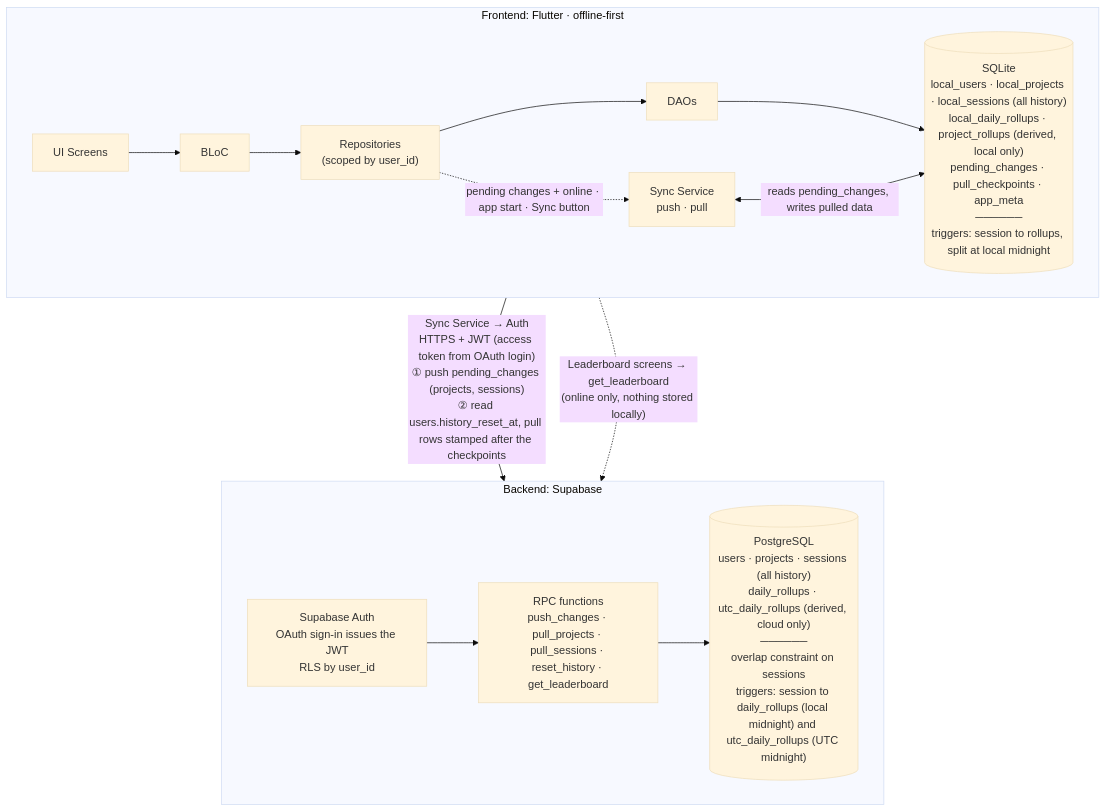
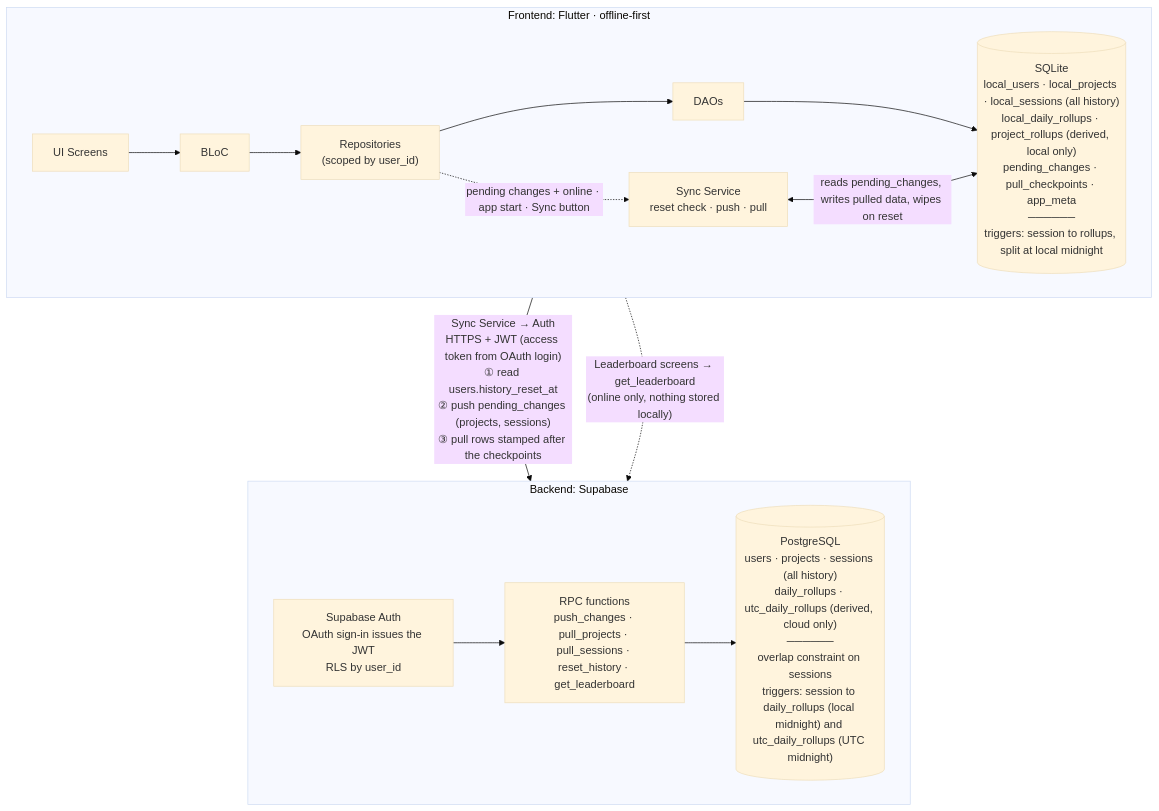
Before and after one commit to sardaar-niamotullah/tarkeez: the first of 3 diagrams in README.md, drawn with Mermaid (base theme). The commit also changed other lines of this file and 1 other file, not shown here.

````diff
--- a/README.md
+++ b/README.md
@@ -260,17 +266,17 @@
 ```mermaid
 flowchart TB
   subgraph APP["Frontend: Flutter · offline-first"]
     direction LR
     UI["UI Screens"] --> BLOC["BLoC"] --> REPO["Repositories<br/>(scoped by user_id)"] --> DAO["DAOs"] --> LDB[("SQLite<br/>local_users · local_projects · local_sessions (all history)<br/>local_daily_rollups · project_rollups (derived, local only)<br/>pending_changes · pull_checkpoints · app_meta<br/>──────<br/>triggers: session to rollups, split at local midnight")]
-    REPO -.->|"pending changes + online · app start · Sync button"| SYNC["Sync Service<br/>push · pull"]
-    SYNC <-->|"reads pending_changes, writes pulled data"| LDB
+    REPO -.->|"pending changes + online · app start · Sync button"| SYNC["Sync Service<br/>reset check · push · pull"]
+    SYNC <-->|"reads pending_changes, writes pulled data, wipes on reset"| LDB
   end
 
   subgraph CLOUD["Backend: Supabase"]
     direction LR
     AUTH["Supabase Auth<br/>OAuth sign-in issues the JWT<br/>RLS by user_id"] --> RPC["RPC functions<br/>push_changes · pull_projects · pull_sessions · reset_history · get_leaderboard"] --> CDB[("PostgreSQL<br/>users · projects · sessions (all history)<br/>daily_rollups · utc_daily_rollups (derived, cloud only)<br/>──────<br/>overlap constraint on sessions<br/>triggers: session to daily_rollups (local midnight) and utc_daily_rollups (UTC midnight)")]
   end
 
-  APP -->|"Sync Service → Auth<br/>HTTPS + JWT (access token from OAuth login)<br/>① push pending_changes (projects, sessions)<br/>② read users.history_reset_at, pull rows stamped after the checkpoints"| CLOUD
+  APP -->|"Sync Service → Auth<br/>HTTPS + JWT (access token from OAuth login)<br/>① read users.history_reset_at<br/>② push pending_changes (projects, sessions)<br/>③ pull rows stamped after the checkpoints"| CLOUD
   APP -.->|"Leaderboard screens → get_leaderboard<br/>(online only, nothing stored locally)"| CLOUD
 ```
````
